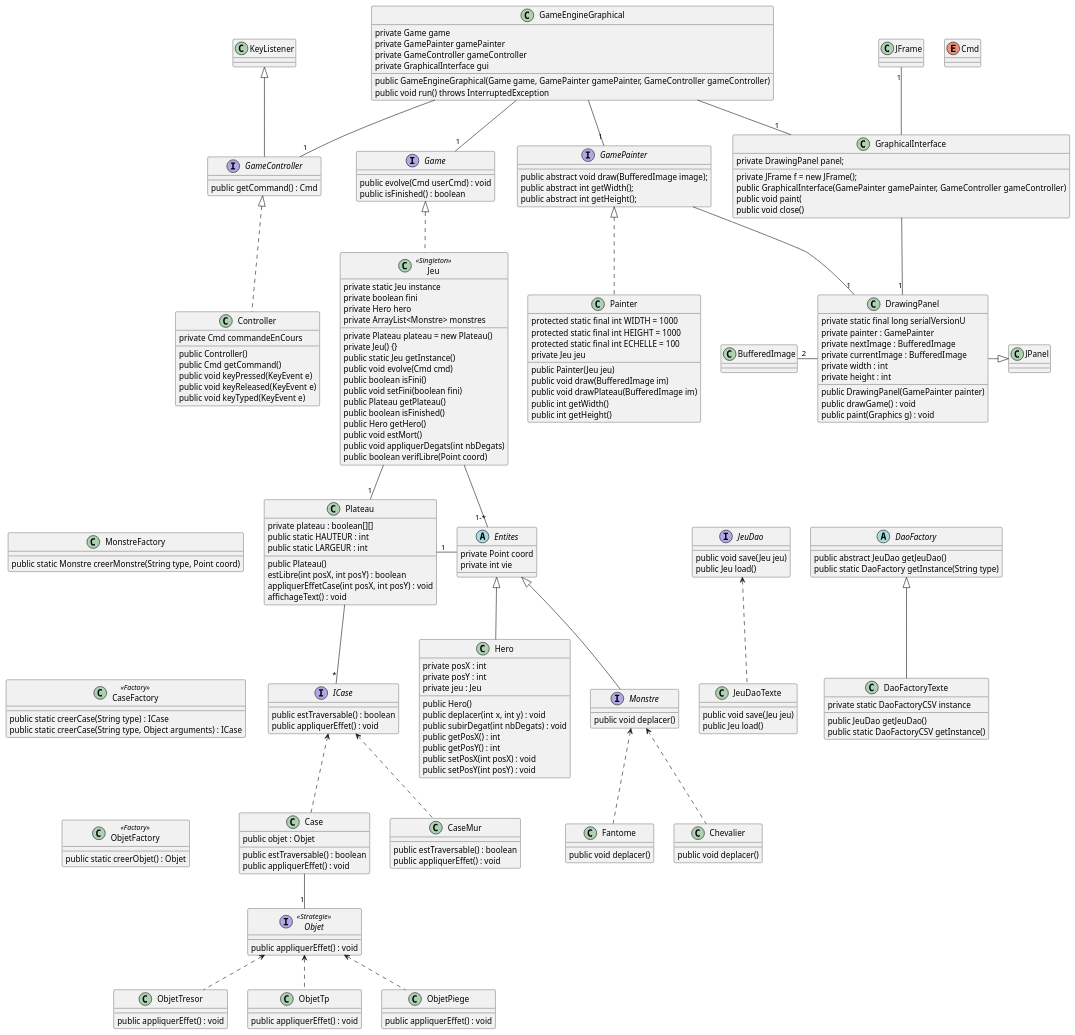
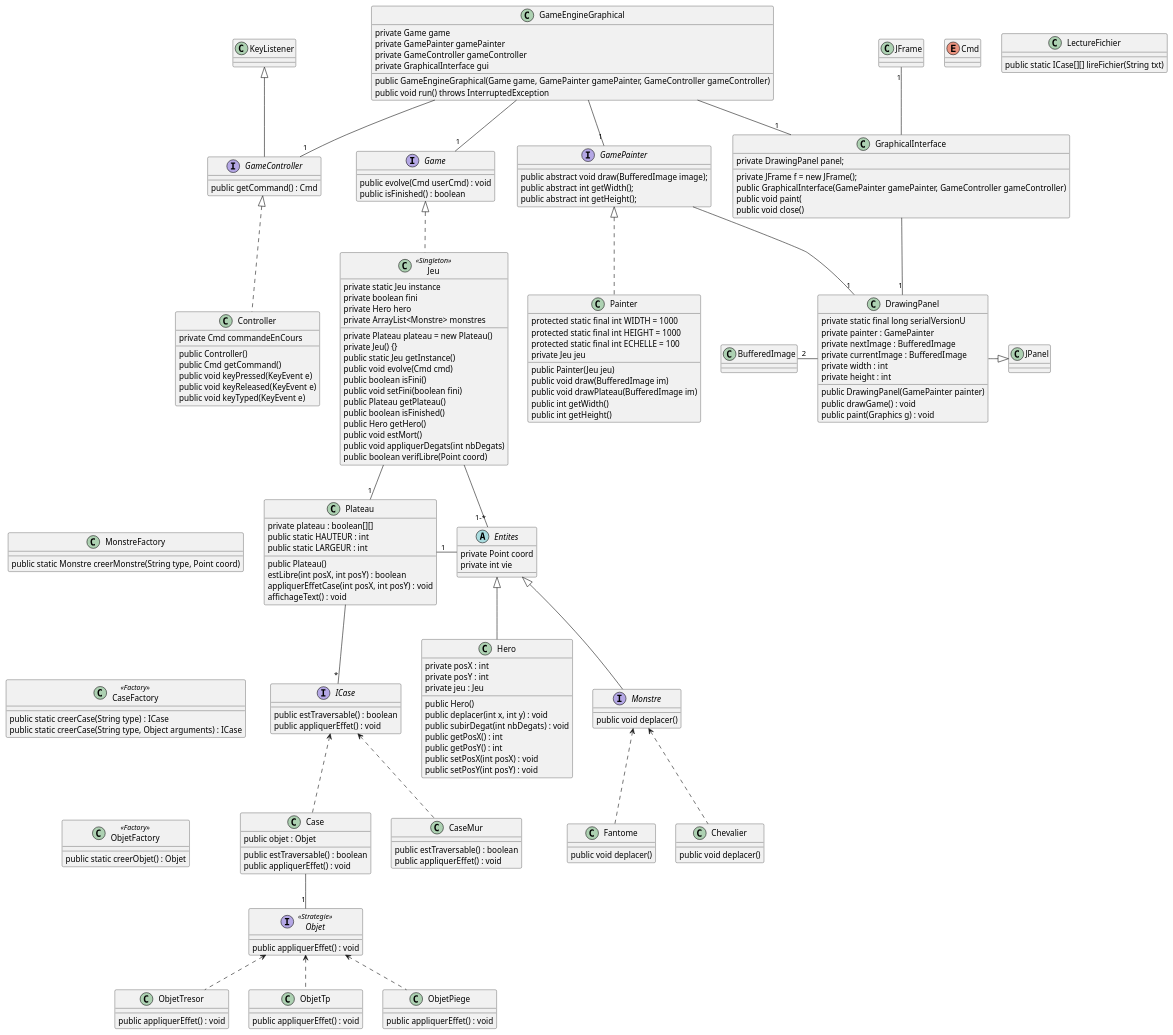
The diagram in Conception/Diagramme de classe.puml (fujine/ACL2017_AbJoGuiQuen-), drawn with PlantUML before and after one commit.

Commit message:
Modif diag

```diff
--- a/Conception/Diagramme de classe.puml
+++ b/Conception/Diagramme de classe.puml
@@ -174,26 +174,9 @@
         public boolean verifLibre(Point coord)
     }
 
-    abstract DaoFactory {
-           public abstract JeuDao getJeuDao()
-           public static DaoFactory getInstance(String type)
-       }
-
-       class DaoFactoryTexte {
-           private static DaoFactoryCSV instance
-           public JeuDao getJeuDao()
-           public static DaoFactoryCSV getInstance()
-       }
-
-       Interface JeuDao {
-           public void save(Jeu jeu)
-           public Jeu load()
-       }
-
-       class JeuDaoTexte{
-           public void save(Jeu jeu)
-           public Jeu load()
-       }
+    class LectureFichier {
+         public static ICase[][] lireFichier(String txt)
+    }
 
     class MonstreFactory {
         public static Monstre creerMonstre(String type, Point coord)
@@ -220,10 +203,6 @@
 	JPanel <|-left- DrawingPanel
 	BufferedImage "2" -right- DrawingPanel
 	Plateau -[hidden]left- MonstreFactory
-	DaoFactory <|-- DaoFactoryTexte
-    JeuDao <.. JeuDaoTexte
-    Entites -[hidden]right- JeuDao
-    JeuDao -[hidden]right- DaoFactory
     Monstre <.. Chevalier
     Monstre <.. Fantome
     MonstreFactory -[hidden]- CaseFactory
```
